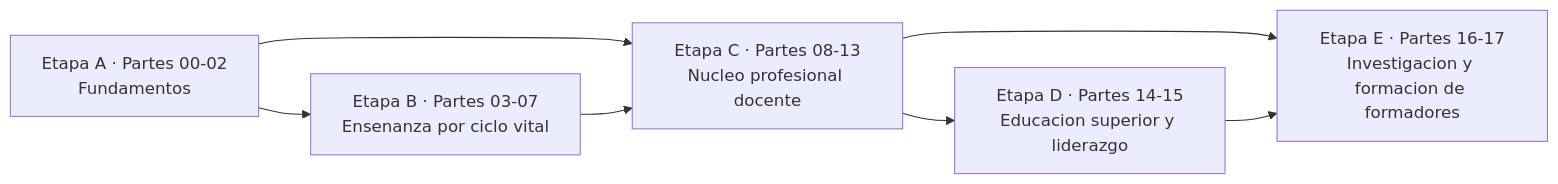
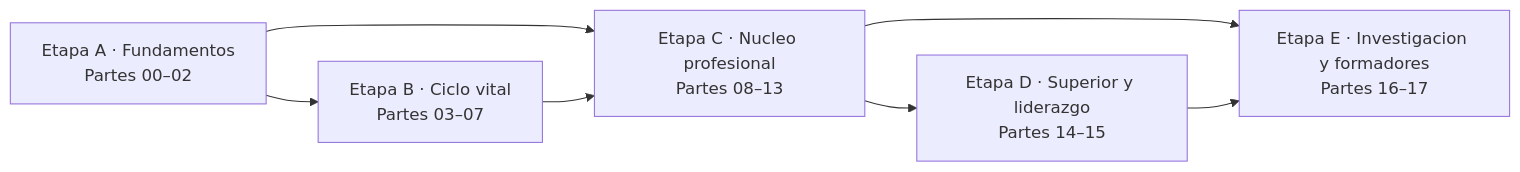
One commit to vladimiracunadev-create/education-pedagogy-learning-sciences-program changed the diagram in README.md. Above: the diagram before and after it, drawn with Mermaid. The commit also changed other lines of this file and 33 other files, not shown here.

````diff
--- a/README.md
+++ b/README.md
@@ -112,9 +113,9 @@
 ```mermaid
 flowchart LR
-    A["Etapa A · Partes 00-02<br/>Fundamentos"] --> B["Etapa B · Partes 03-07<br/>Ensenanza por ciclo vital"]
-    A --> C["Etapa C · Partes 08-13<br/>Nucleo profesional docente"]
+    A["Etapa A · Fundamentos<br/>Partes 00–02"] --> B["Etapa B · Ciclo vital<br/>Partes 03–07"]
+    A --> C["Etapa C · Nucleo profesional<br/>Partes 08–13"]
     B --> C
-    C --> D["Etapa D · Partes 14-15<br/>Educacion superior y liderazgo"]
-    C --> E["Etapa E · Partes 16-17<br/>Investigacion y formacion de formadores"]
+    C --> D["Etapa D · Superior y liderazgo<br/>Partes 14–15"]
+    C --> E["Etapa E · Investigacion y formadores<br/>Partes 16–17"]
     D --> E
 ```
````
